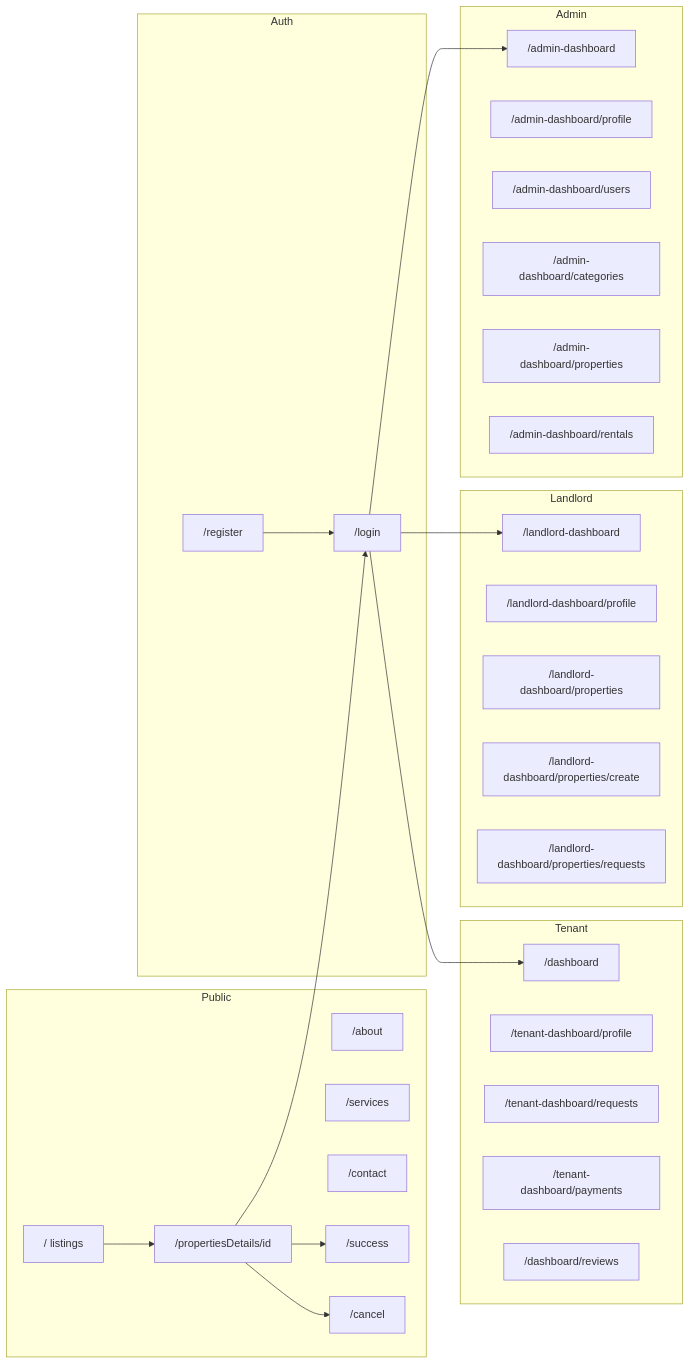
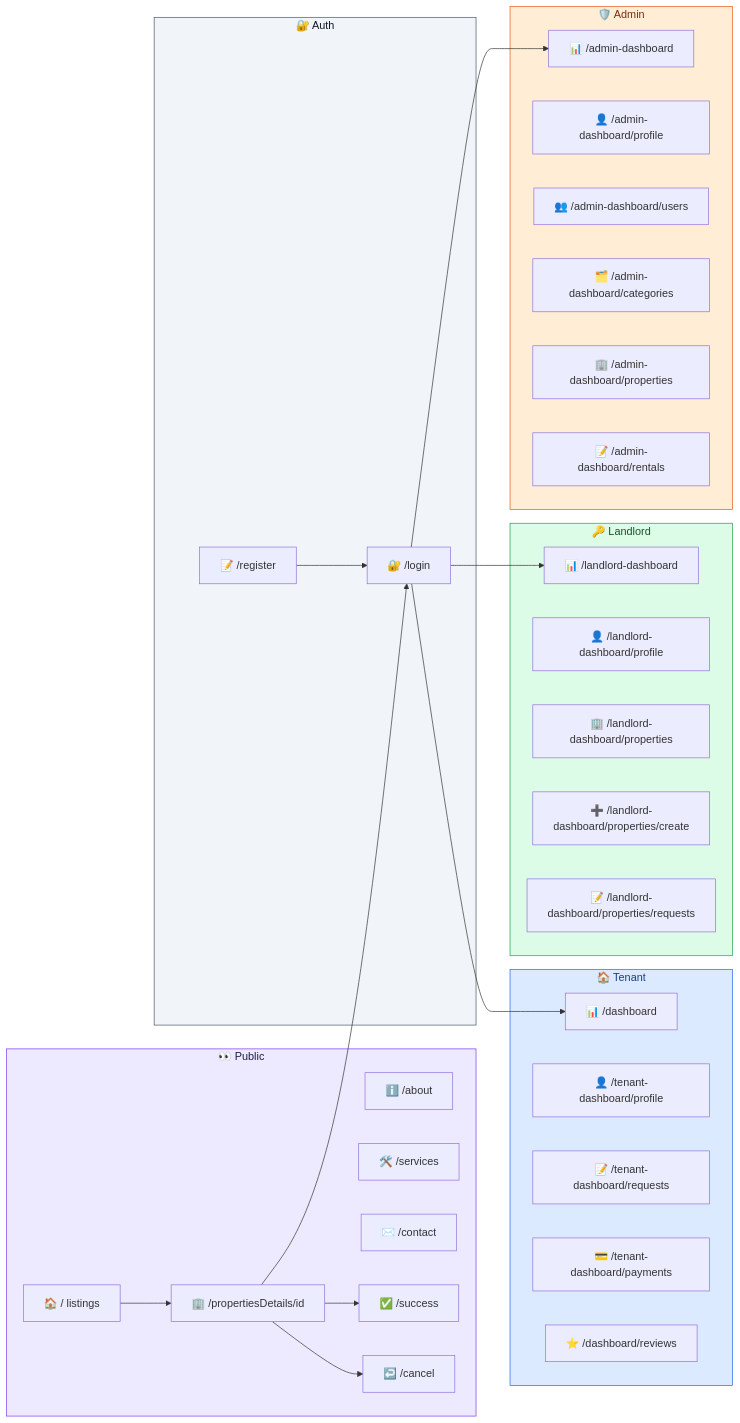
One commit to kaziashik/rentnest_frontend- changed diagram 12 of 12 in RentNest-full-workflow.md. Above: the diagram before and after it, drawn with Mermaid. The commit also changed other lines of this file, not shown here.

````diff
--- a/RentNest-full-workflow.md
+++ b/RentNest-full-workflow.md
@@ -397,51 +469,57 @@
 ```mermaid
 flowchart LR
-    subgraph Public
-        Home["/ listings"]
-        Details["/propertiesDetails/id"]
-        About["/about"]
-        Services["/services"]
-        Contact["/contact"]
-        Success["/success"]
-        Cancel["/cancel"]
+    subgraph pub ["👀 Public"]
+        Home["🏠 / listings"]
+        Details["🏢 /propertiesDetails/id"]
+        About["ℹ️ /about"]
+        Services["🛠️ /services"]
+        Contact["✉️ /contact"]
+        Success["✅ /success"]
+        Cancel["↩️ /cancel"]
     end
 
-    subgraph Auth
-        Login["/login"]
-        Register["/register"]
+    subgraph auth ["🔐 Auth"]
+        Login["🔐 /login"]
+        Register["📝 /register"]
     end
 
-    subgraph Tenant
-        TD["/dashboard"]
-        TP["/tenant-dashboard/profile"]
-        TR["/tenant-dashboard/requests"]
-        TPay["/tenant-dashboard/payments"]
-        TRev["/dashboard/reviews"]
+    subgraph tenant ["🏠 Tenant"]
+        TD["📊 /dashboard"]
+        TP["👤 /tenant-dashboard/profile"]
+        TR["📝 /tenant-dashboard/requests"]
+        TPay["💳 /tenant-dashboard/payments"]
+        TRev["⭐ /dashboard/reviews"]
     end
 
-    subgraph Landlord
-        LD["/landlord-dashboard"]
-        LP["/landlord-dashboard/profile"]
-        LList["/landlord-dashboard/properties"]
-        LAdd["/landlord-dashboard/properties/create"]
-        LReq["/landlord-dashboard/properties/requests"]
+    subgraph landlord ["🔑 Landlord"]
+        LD["📊 /landlord-dashboard"]
+        LP["👤 /landlord-dashboard/profile"]
+        LList["🏢 /landlord-dashboard/properties"]
+        LAdd["➕ /landlord-dashboard/properties/create"]
+        LReq["📝 /landlord-dashboard/properties/requests"]
     end
 
-    subgraph Admin
-        AD["/admin-dashboard"]
-        AP["/admin-dashboard/profile"]
-        AU["/admin-dashboard/users"]
-        AC["/admin-dashboard/categories"]
-        AProp["/admin-dashboard/properties"]
-        AR["/admin-dashboard/rentals"]
+    subgraph admin ["🛡️ Admin"]
+        AD["📊 /admin-dashboard"]
+        AP["👤 /admin-dashboard/profile"]
+        AU["👥 /admin-dashboard/users"]
+        AC["🗂️ /admin-dashboard/categories"]
+        AProp["🏢 /admin-dashboard/properties"]
+        AR["📝 /admin-dashboard/rentals"]
     end
 
     Home --> Details
     Details --> Login
     Register --> Login
     Login --> TD
     Login --> LD
     Login --> AD
     Details --> Success
     Details --> Cancel
+
+    style pub fill:#ede9fe,stroke:#7c3aed,color:#1e1b4b
+    style auth fill:#f1f5f9,stroke:#475569,color:#0f172a
+    style tenant fill:#dbeafe,stroke:#2563eb,color:#1e3a8a
+    style landlord fill:#dcfce7,stroke:#16a34a,color:#14532d
+    style admin fill:#ffedd5,stroke:#ea580c,color:#7c2d12
 ```
````
